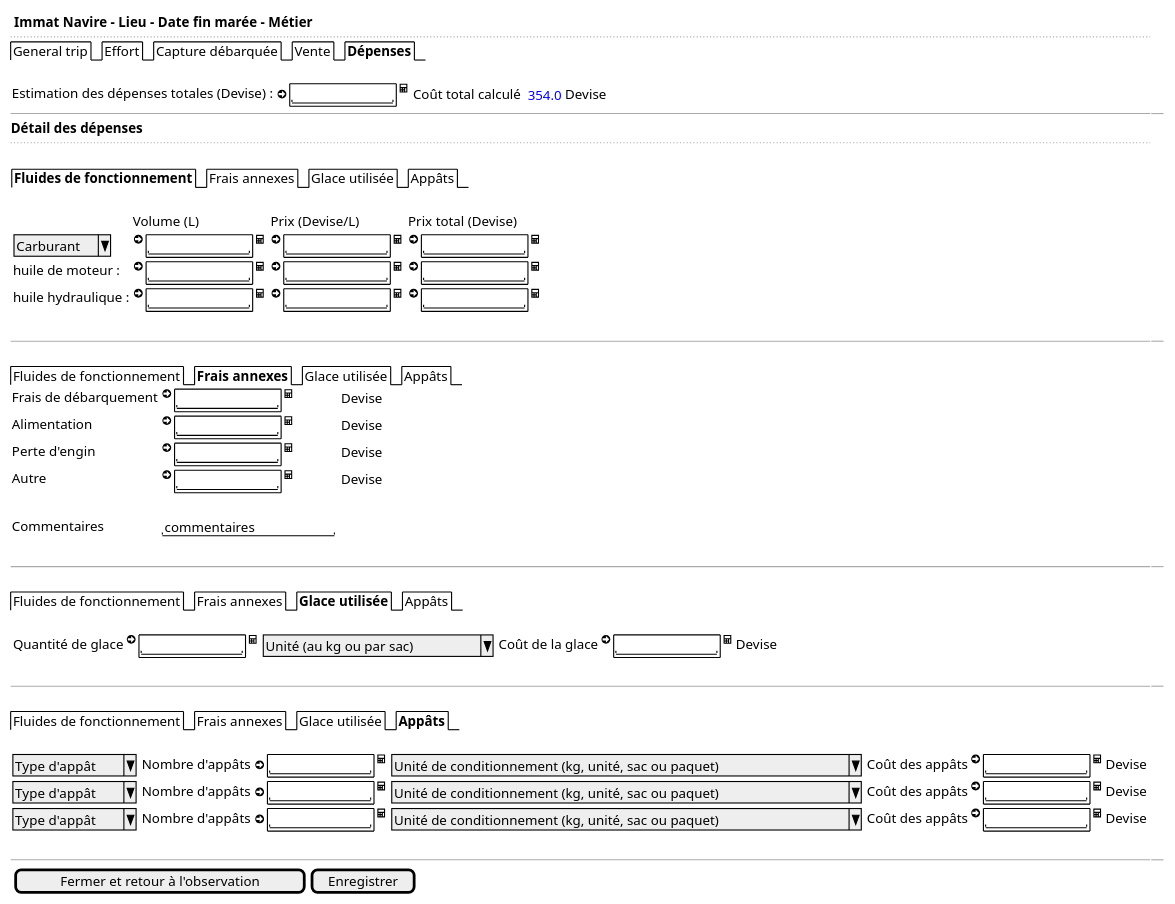
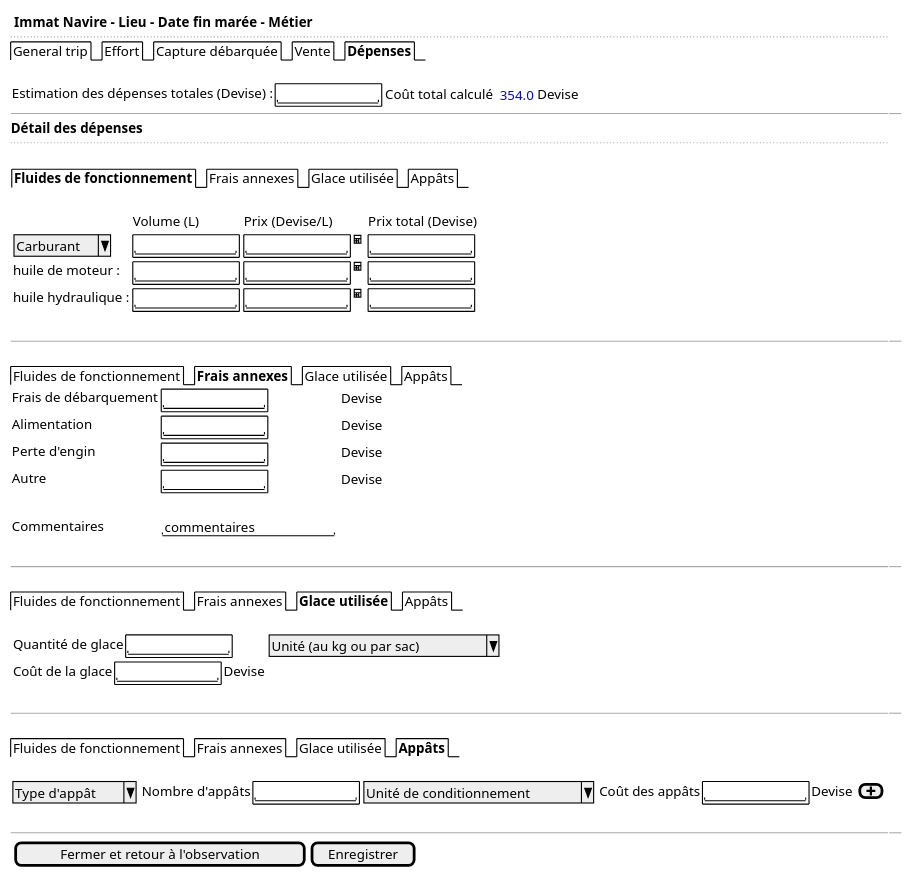
The diagram in use-case/collect/trip/landing-ui-expenses.puml (sumaris-net/sumaris-doc), drawn with PlantUML before and after one commit. The commit also changed 1 other file, not shown here.

```diff
--- a/use-case/collect/trip/landing-ui-expenses.puml
+++ b/use-case/collect/trip/landing-ui-expenses.puml
@@ -1,56 +1,55 @@
 @startsalt
 {
   <b> Immat Navire - Lieu - Date fin marée - Métier
   ..
   {/ General trip | Effort | Capture débarquée | Vente | <b>Dépenses }
   .
-  {Estimation des dépenses totales (Devise) : <&arrow-circle-right> {+"           " } <&calculator> | {Coût total calculé  {<color:blue> 354.0} Devise }}
+  {Estimation des dépenses totales (Devise) : {+"           " } | {Coût total calculé  {<color:blue> 354.0} Devise }}
   -- | --
   <b>Détail des dépenses
   ..
   .
   {
     {/ <b>Fluides de fonctionnement | Frais annexes | Glace utilisée | Appâts }
   .
     {
     .                   | {Volume (L)} | {Prix (Devise/L)} | {Prix total (Devise)}
-    { ^Carburant^ }     | { <&arrow-circle-right> {+"           " } <&calculator>} | {<&arrow-circle-right> {+"           " } <&calculator>} | {<&arrow-circle-right> {+"           " } <&calculator>}
-    huile de moteur :   | { <&arrow-circle-right> {+"           " } <&calculator>} | {<&arrow-circle-right> {+"           " } <&calculator>} | {<&arrow-circle-right> {+"           " } <&calculator>}
-    huile hydraulique : | { <&arrow-circle-right> {+"           " } <&calculator>} | {<&arrow-circle-right> {+"           " } <&calculator>} | {<&arrow-circle-right> {+"           " } <&calculator>}
+    { ^Carburant^ }     | { {+"           " } } | { {+"           " } <&calculator>} | { {+"           " } }
+    huile de moteur :   | { {+"           " } } | { {+"           " } <&calculator>} | { {+"           " } }
+    huile hydraulique : | { {+"           " } } | { {+"           " } <&calculator>} | { {+"           " } }
     }
   }
   .
   -- | --
   .
     {/ Fluides de fonctionnement | <b>Frais annexes | Glace utilisée | Appâts }
    {
-    Frais de débarquement | { <&arrow-circle-right> {+"           " } <&calculator>} | {Devise}
-    Alimentation          | { <&arrow-circle-right> {+"           " } <&calculator>} | {Devise}
-    Perte d'engin         | { <&arrow-circle-right> {+"           " } <&calculator>} | {Devise}
-    Autre                 | { <&arrow-circle-right> {+"           " } <&calculator>} | {Devise}
+    Frais de débarquement | { {+"           " } } | {Devise}
+    Alimentation          | { {+"           " } } | {Devise}
+    Perte d'engin         | { {+"           " } } | {Devise}
+    Autre                 | { {+"           " } } | {Devise}
     .
     Commentaires              | { "commentaires       "}
   }
   .
   -- | --
   .
     {/ Fluides de fonctionnement | Frais annexes | <b>Glace utilisée | Appâts }
     .
   {
-    {Quantité de glace | <&arrow-circle-right> {+"           " } <&calculator>}  | { ^Unité (au kg ou par sac)^ } | { Coût de la glace | <&arrow-circle-right> {+"           " } <&calculator> | Devise}
+    {Quantité de glace | {+"           " } }  | { ^Unité (au kg ou par sac)^ }
+    { Coût de la glace | {+"           " }  | Devise}
   }
   .
   -- | --
   .
     {/ Fluides de fonctionnement | Frais annexes | Glace utilisée | <b>Appâts }
     .
    {
-    { ^Type d'appât^ } | {Nombre d'appâts <&arrow-circle-right> {+"           " } <&calculator>} | { ^Unité de conditionnement (kg, unité, sac ou paquet)^ } | { Coût des appâts | <&arrow-circle-right> {+"           " } <&calculator> | Devise}
-    { ^Type d'appât^ } | {Nombre d'appâts <&arrow-circle-right> {+"           " } <&calculator>} | { ^Unité de conditionnement (kg, unité, sac ou paquet)^ } | { Coût des appâts | <&arrow-circle-right> {+"           " } <&calculator> | Devise}
-    { ^Type d'appât^ } | {Nombre d'appâts <&arrow-circle-right> {+"           " } <&calculator>} | { ^Unité de conditionnement (kg, unité, sac ou paquet)^ } | { Coût des appâts | <&arrow-circle-right> {+"           " } <&calculator> | Devise}
+    { ^Type d'appât^ } | {Nombre d'appâts {+"           " } } | { ^Unité de conditionnement^ } | { Coût des appâts | {+"           " } | Devise} {[<&plus>] }
   }
   .
   -- | --
   {{[Fermer et retour à l'observation] | [Enregistrer]}}
 }
 @endsalt
```
